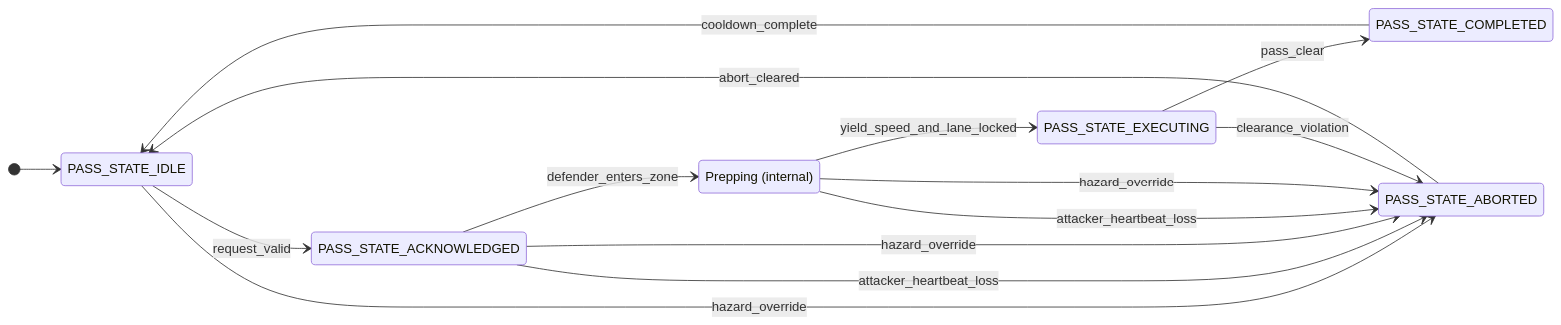
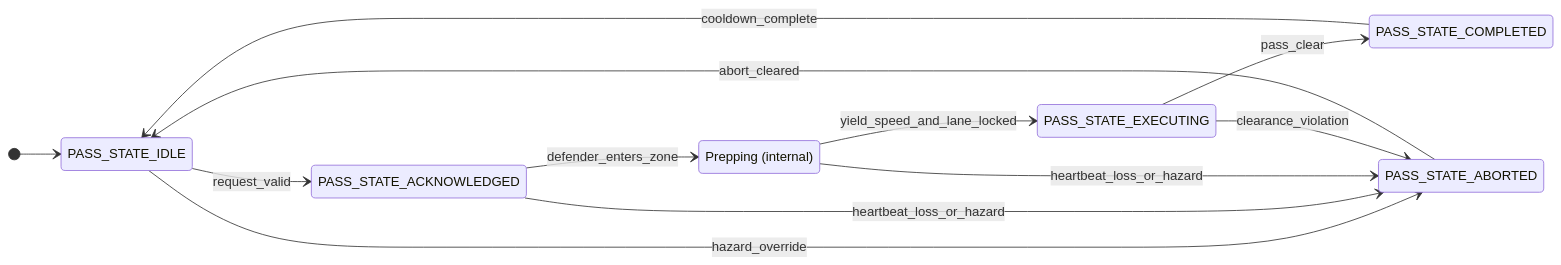
One commit to airacingtech/multicar_rules_of_engagement changed the second of 2 diagrams in README.md. Above: the diagram before and after it, drawn with Mermaid. The commit also changed other lines of this file, not shown here.

````diff
--- a/README.md
+++ b/README.md
@@ -101,19 +99,17 @@
 ```mermaid
 stateDiagram-v2
     direction LR
     [*] --> PASS_STATE_IDLE
     state "Prepping (internal)" as DEF_PREPPING
     PASS_STATE_IDLE --> PASS_STATE_ACKNOWLEDGED: request_valid
     PASS_STATE_IDLE --> PASS_STATE_ABORTED: hazard_override
     PASS_STATE_ACKNOWLEDGED --> DEF_PREPPING: defender_enters_zone
-    PASS_STATE_ACKNOWLEDGED --> PASS_STATE_ABORTED: attacker_heartbeat_loss
-    PASS_STATE_ACKNOWLEDGED --> PASS_STATE_ABORTED: hazard_override
+    PASS_STATE_ACKNOWLEDGED --> PASS_STATE_ABORTED: heartbeat_loss_or_hazard
     DEF_PREPPING --> PASS_STATE_EXECUTING: yield_speed_and_lane_locked
-    DEF_PREPPING --> PASS_STATE_ABORTED: attacker_heartbeat_loss
-    DEF_PREPPING --> PASS_STATE_ABORTED: hazard_override
+    DEF_PREPPING --> PASS_STATE_ABORTED: heartbeat_loss_or_hazard
     PASS_STATE_EXECUTING --> PASS_STATE_COMPLETED: pass_clear
     PASS_STATE_EXECUTING --> PASS_STATE_ABORTED: clearance_violation
     PASS_STATE_COMPLETED --> PASS_STATE_IDLE: cooldown_complete
     PASS_STATE_ABORTED --> PASS_STATE_IDLE: abort_cleared
     %% Race control override may force PASS_STATE_ABORTED from any state
 ```
````
